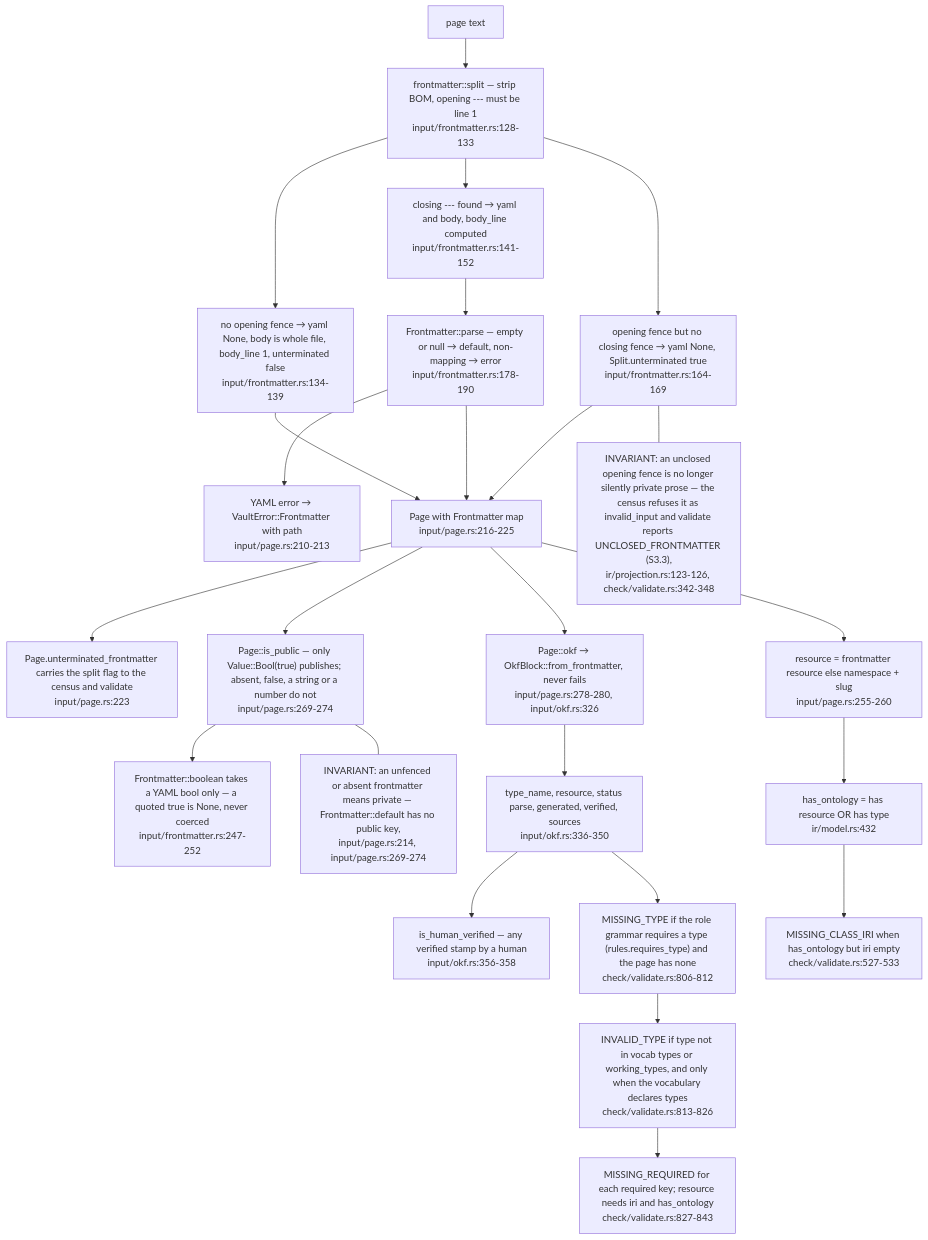
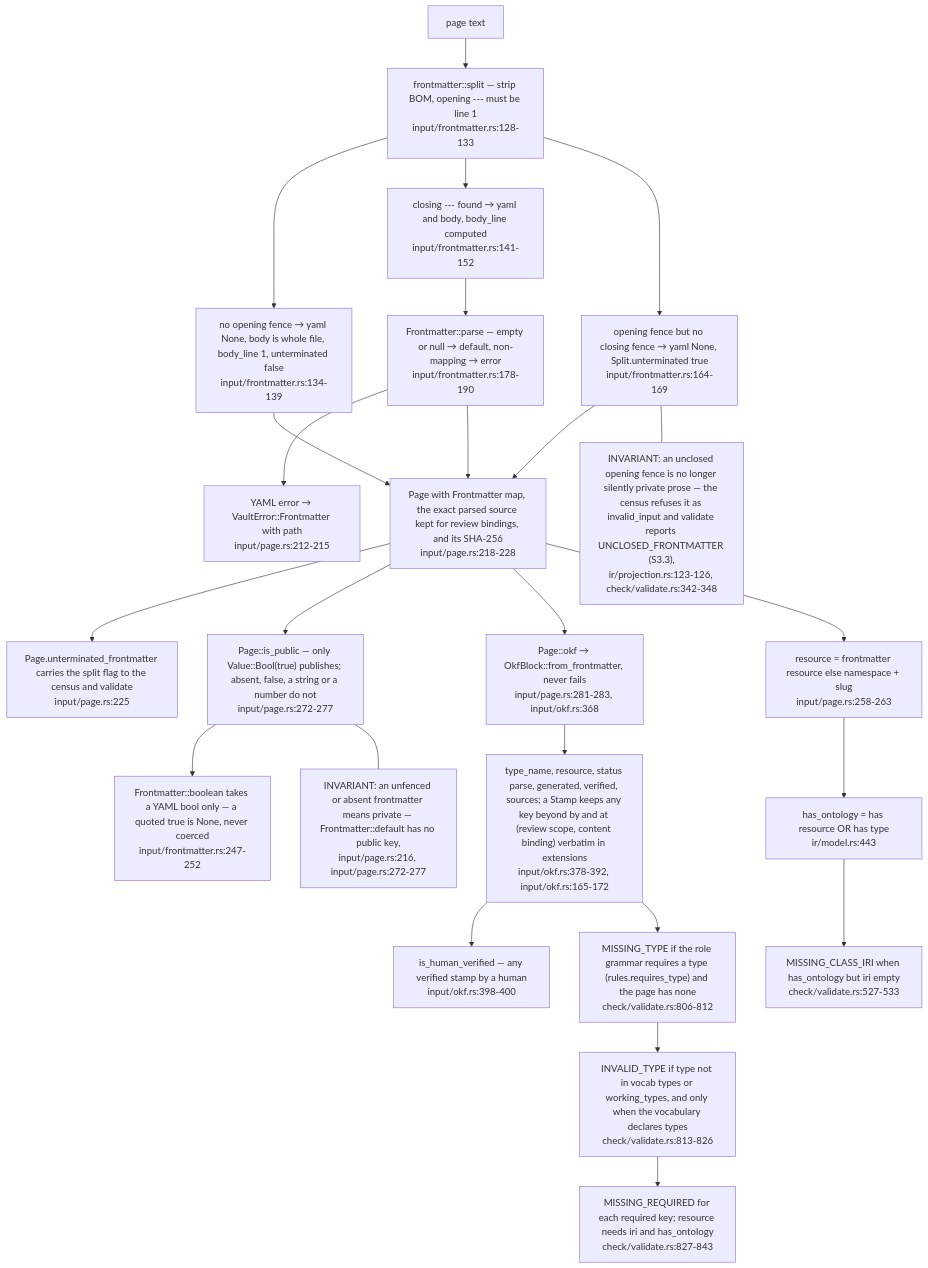
Before and after one commit to DreamLab-AI/VisionFlow: the third of 6 diagrams in docs/diagrams/ontomark/01-input-layer-vault-pages-and-gates.md, drawn with Mermaid. The commit also changed other lines of this file and 70 other files, not shown here.

First line of the commit message:
docs(diagrams): re-verify 69 topics at current default-branch heads

````diff
--- a/docs/diagrams/ontomark/01-input-layer-vault-pages-and-gates.md
+++ b/docs/diagrams/ontomark/01-input-layer-vault-pages-and-gates.md
@@ -139,40 +139,40 @@
 ```mermaid
 flowchart TD
     TXT["page text"]
     SPLIT["frontmatter::split — strip BOM, opening --- must be line 1<br/>input/frontmatter.rs:128-133"]
     NOFM["no opening fence → yaml None, body is whole file, body_line 1, unterminated false<br/>input/frontmatter.rs:134-139"]
     CLOSE["closing --- found → yaml and body, body_line computed<br/>input/frontmatter.rs:141-152"]
     UNCLOSED["opening fence but no closing fence → yaml None, Split.unterminated true<br/>input/frontmatter.rs:164-169"]
     FMPARSE["Frontmatter::parse — empty or null → default, non-mapping → error<br/>input/frontmatter.rs:178-190"]
-    PERR["YAML error → VaultError::Frontmatter with path<br/>input/page.rs:210-213"]
-    PAGE["Page with Frontmatter map<br/>input/page.rs:216-225"]
-    UFLAG["Page.unterminated_frontmatter carries the split flag to the census and validate<br/>input/page.rs:223"]
-    PUBLIC["Page::is_public — only Value::Bool(true) publishes; absent, false, a string or a number do not<br/>input/page.rs:269-274"]
+    PERR["YAML error → VaultError::Frontmatter with path<br/>input/page.rs:212-215"]
+    PAGE["Page with Frontmatter map, the exact parsed source kept for review bindings, and its SHA-256<br/>input/page.rs:218-228"]
+    UFLAG["Page.unterminated_frontmatter carries the split flag to the census and validate<br/>input/page.rs:225"]
+    PUBLIC["Page::is_public — only Value::Bool(true) publishes; absent, false, a string or a number do not<br/>input/page.rs:272-277"]
     BOOL["Frontmatter::boolean takes a YAML bool only — a quoted true is None, never coerced<br/>input/frontmatter.rs:247-252"]
-    OKF["Page::okf → OkfBlock::from_frontmatter, never fails<br/>input/page.rs:278-280, input/okf.rs:326"]
-    OKFF["type_name, resource, status parse, generated, verified, sources<br/>input/okf.rs:336-350"]
-    HV["is_human_verified — any verified stamp by a human<br/>input/okf.rs:356-358"]
+    OKF["Page::okf → OkfBlock::from_frontmatter, never fails<br/>input/page.rs:281-283, input/okf.rs:368"]
+    OKFF["type_name, resource, status parse, generated, verified, sources; a Stamp keeps any key beyond by and at (review scope, content binding) verbatim in extensions<br/>input/okf.rs:378-392, input/okf.rs:165-172"]
+    HV["is_human_verified — any verified stamp by a human<br/>input/okf.rs:398-400"]
     GTYPE["MISSING_TYPE if the role grammar requires a type (rules.requires_type) and the page has none<br/>check/validate.rs:806-812"]
     GINV["INVALID_TYPE if type not in vocab types or working_types, and only when the vocabulary declares types<br/>check/validate.rs:813-826"]
     GREQ["MISSING_REQUIRED for each required key; resource needs iri and has_ontology<br/>check/validate.rs:827-843"]
-    GONT["has_ontology = has resource OR has type<br/>ir/model.rs:432"]
+    GONT["has_ontology = has resource OR has type<br/>ir/model.rs:443"]
     GIRI["MISSING_CLASS_IRI when has_ontology but iri empty<br/>check/validate.rs:527-533"]
-    GRES["resource = frontmatter resource else namespace + slug<br/>input/page.rs:255-260"]
+    GRES["resource = frontmatter resource else namespace + slug<br/>input/page.rs:258-263"]
     TXT --> SPLIT
     SPLIT --> NOFM
     SPLIT --> CLOSE
     SPLIT --> UNCLOSED
     CLOSE --> FMPARSE --> PERR
     FMPARSE --> PAGE
     NOFM --> PAGE
     UNCLOSED --> PAGE
     PAGE --> UFLAG
     PAGE --> PUBLIC --> BOOL
     PAGE --> OKF --> OKFF --> HV
     OKFF --> GTYPE --> GINV --> GREQ
     PAGE --> GRES --> GONT --> GIRI
-    note1["INVARIANT: an unfenced or absent frontmatter means private — Frontmatter::default has no public key,<br/>input/page.rs:214, input/page.rs:269-274"]
+    note1["INVARIANT: an unfenced or absent frontmatter means private — Frontmatter::default has no public key,<br/>input/page.rs:216, input/page.rs:272-277"]
     note2["INVARIANT: an unclosed opening fence is no longer silently private prose — the census refuses it as invalid_input and validate reports UNCLOSED_FRONTMATTER (S3.3),<br/>ir/projection.rs:123-126, check/validate.rs:342-348"]
     PUBLIC --- note1
     UNCLOSED --- note2
 ```
````
